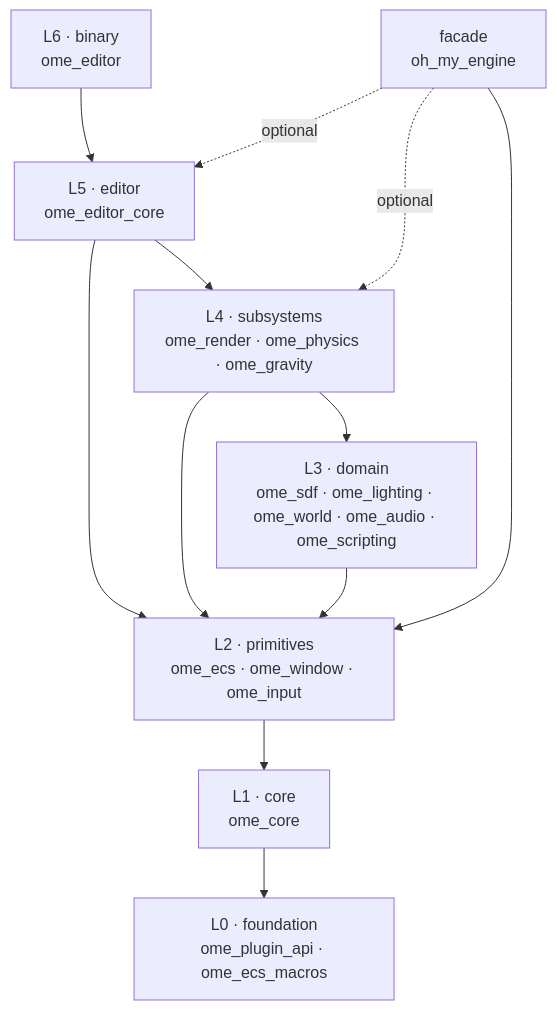
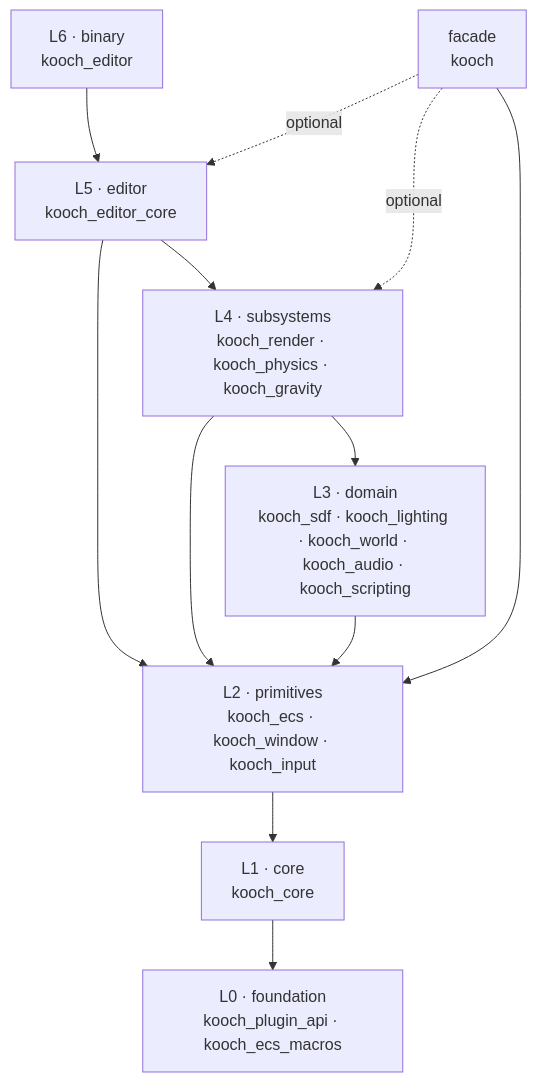
The diagram in docs/book/src/architecture/crate-graph.md (lobinuxsoft/kooch), drawn with Mermaid before and after one commit. The commit also changed other lines of this file and 1043 other files, not shown here.

First line of the commit message:
feat!: rename engine from oh_my_engine to Kooch

````diff
--- a/docs/book/src/architecture/crate-graph.md
+++ b/docs/book/src/architecture/crate-graph.md
@@ -30,23 +30,23 @@
 ```mermaid
 flowchart TD
-    L6["L6 · binary<br/>ome_editor"]
-    L5["L5 · editor<br/>ome_editor_core"]
-    L4["L4 · subsystems<br/>ome_render · ome_physics · ome_gravity"]
-    L3["L3 · domain<br/>ome_sdf · ome_lighting · ome_world · ome_audio · ome_scripting"]
-    L2["L2 · primitives<br/>ome_ecs · ome_window · ome_input"]
-    L1["L1 · core<br/>ome_core"]
-    L0["L0 · foundation<br/>ome_plugin_api · ome_ecs_macros"]
-    FACADE["facade<br/>oh_my_engine"]
+    L6["L6 · binary<br/>kooch_editor"]
+    L5["L5 · editor<br/>kooch_editor_core"]
+    L4["L4 · subsystems<br/>kooch_render · kooch_physics · kooch_gravity"]
+    L3["L3 · domain<br/>kooch_sdf · kooch_lighting · kooch_world · kooch_audio · kooch_scripting"]
+    L2["L2 · primitives<br/>kooch_ecs · kooch_window · kooch_input"]
+    L1["L1 · core<br/>kooch_core"]
+    L0["L0 · foundation<br/>kooch_plugin_api · kooch_ecs_macros"]
+    FACADE["facade<br/>kooch"]
 
     L6 --> L5
     L5 --> L4
     L5 --> L2
     L4 --> L3
     L4 --> L2
     L3 --> L2
     L2 --> L1
     L1 --> L0
     FACADE -.optional.-> L4
     FACADE -.optional.-> L5
     FACADE --> L2
 ```
````
